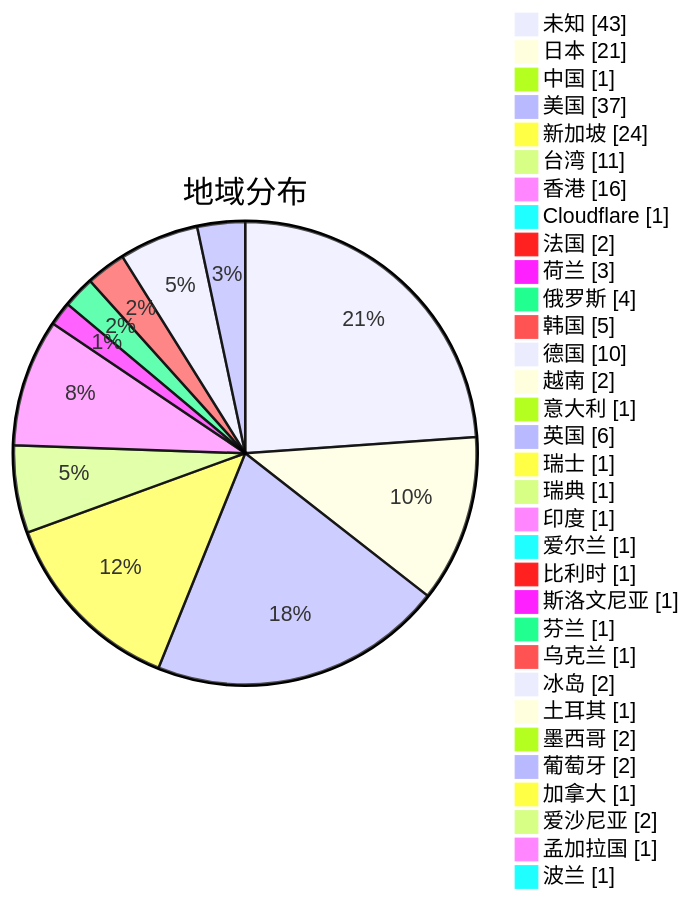
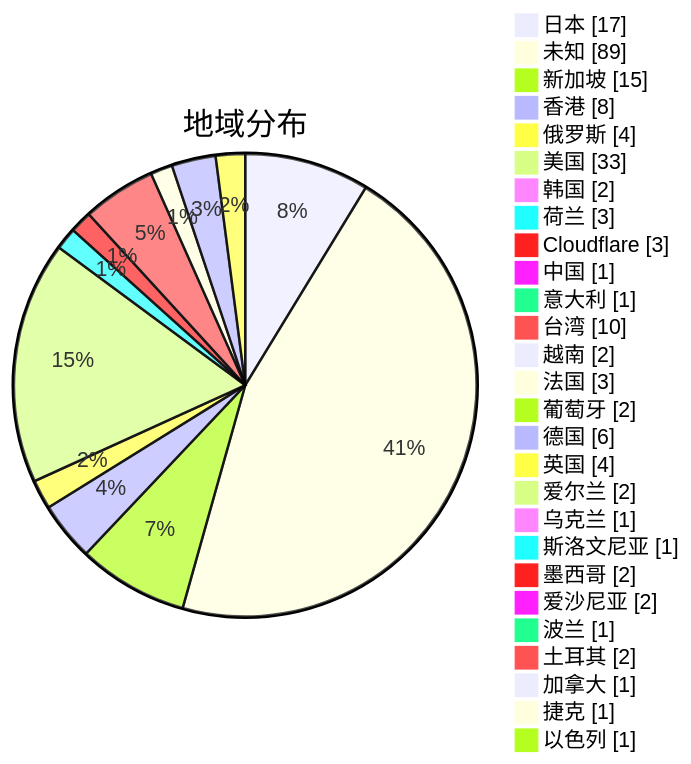
The second of 3 diagrams in subs/statistics/tested_within.md (sinspired/airport), drawn with Mermaid before and after one commit. The commit also changed other lines of this file and 2 other files, not shown here.

Commit message:
Committed by metaST

````diff
--- a/subs/statistics/tested_within.md
+++ b/subs/statistics/tested_within.md
@@ -13,36 +13,31 @@
 ```mermaid
 pie showData
 title 地域分布
-"未知" : 43
-"日本" : 21
+"日本" : 17
+"未知" : 89
+"新加坡" : 15
+"香港" : 8
+"俄罗斯" : 4
+"美国" : 33
+"韩国" : 2
+"荷兰" : 3
+"Cloudflare" : 3
 "中国" : 1
-"美国" : 37
-"新加坡" : 24
-"台湾" : 11
-"香港" : 16
-"Cloudflare" : 1
-"法国" : 2
-"荷兰" : 3
-"俄罗斯" : 4
-"韩国" : 5
-"德国" : 10
+"意大利" : 1
+"台湾" : 10
 "越南" : 2
-"意大利" : 1
-"英国" : 6
-"瑞士" : 1
-"瑞典" : 1
-"印度" : 1
-"爱尔兰" : 1
-"比利时" : 1
+"法国" : 3
+"葡萄牙" : 2
+"德国" : 6
+"英国" : 4
+"爱尔兰" : 2
+"乌克兰" : 1
 "斯洛文尼亚" : 1
-"芬兰" : 1
-"乌克兰" : 1
-"冰岛" : 2
-"土耳其" : 1
 "墨西哥" : 2
-"葡萄牙" : 2
+"爱沙尼亚" : 2
+"波兰" : 1
+"土耳其" : 2
 "加拿大" : 1
-"爱沙尼亚" : 2
-"孟加拉国" : 1
-"波兰" : 1
+"捷克" : 1
+"以色列" : 1
 ```
````
